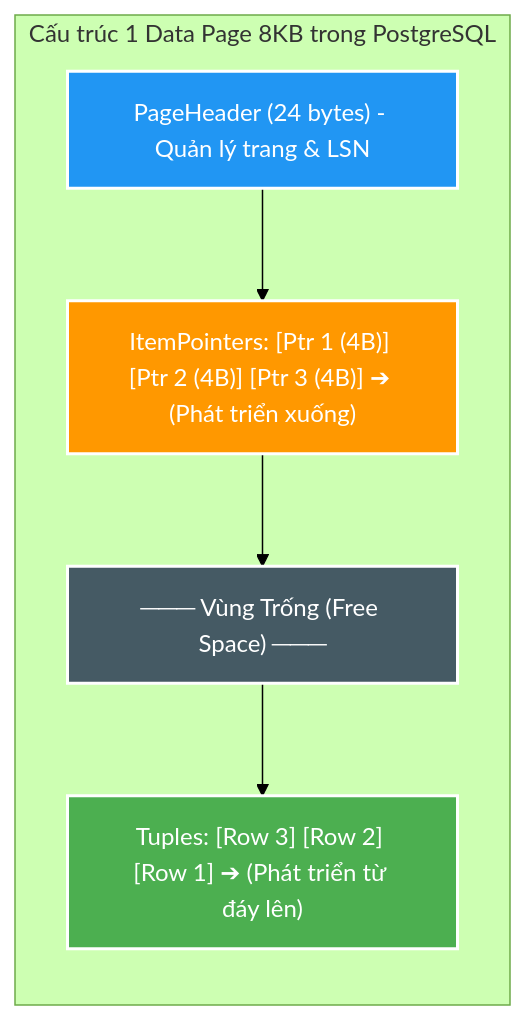
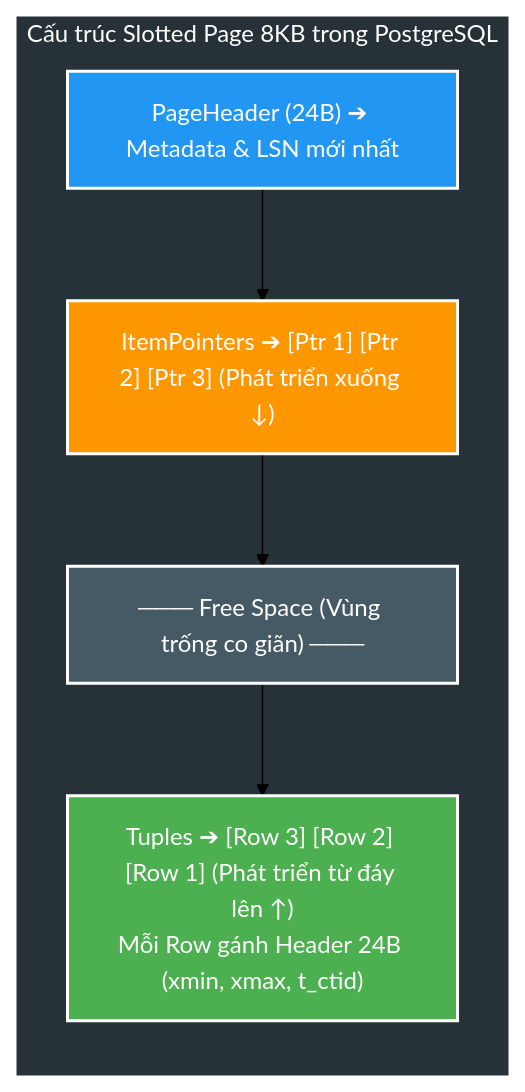
Before and after one commit to HungPhan200591/file-mngt-be-v2: the second of 10 diagrams in manual/learning/deep-dive/database-internals/00-postgresql-engine-mental-model-and-optimization-playbook.md, drawn with Mermaid (forest theme). The commit also changed other lines of this file, not shown here.

Commit message:
feat(docs): enhance PostgreSQL engine optimization playbook with detailed diagrams and explanations

````diff
--- a/manual/learning/deep-dive/database-internals/00-postgresql-engine-mental-model-and-optimization-playbook.md
+++ b/manual/learning/deep-dive/database-internals/00-postgresql-engine-mental-model-and-optimization-playbook.md
@@ -65,17 +70,16 @@
 ```mermaid
 flowchart TD
-    subgraph PAGE_8KB["Cấu trúc 1 Data Page 8KB trong PostgreSQL"]
+    subgraph PAGE_8KB["Cấu trúc Slotted Page 8KB trong PostgreSQL"]
         direction TB
-        HEADER["PageHeader (24 bytes) - Quản lý trang & LSN"]
-        PTRS["ItemPointers: [Ptr 1 (4B)] [Ptr 2 (4B)] [Ptr 3 (4B)] ➔ (Phát triển xuống)"]
-        FREE["─── Vùng Trống (Free Space) ───"]
-        TUPLES["Tuples: [Row 3] [Row 2] [Row 1] ➔ (Phát triển từ đáy lên)"]
-        
+        HEADER["PageHeader (24B) ➔ Metadata &amp; LSN mới nhất"]
+        PTRS["ItemPointers ➔ [Ptr 1] [Ptr 2] [Ptr 3] (Phát triển xuống ↓)"]
+        FREE["─── Free Space (Vùng trống co giãn) ───"]
+        TUPLES["Tuples ➔ [Row 3] [Row 2] [Row 1] (Phát triển từ đáy lên ↑)<br/>Mỗi Row gánh Header 24B (xmin, xmax, t_ctid)"]
         HEADER --> PTRS --> FREE --> TUPLES
     end
-
+    style PAGE_8KB fill:#263238,stroke:#fff,stroke-width:2px,color:#fff
     style HEADER fill:#2196F3,stroke:#fff,stroke-width:2px,color:#fff
     style PTRS fill:#FF9800,stroke:#fff,stroke-width:2px,color:#fff
     style FREE fill:#455A64,stroke:#fff,stroke-width:2px,color:#fff
     style TUPLES fill:#4CAF50,stroke:#fff,stroke-width:2px,color:#fff
 ```
````
